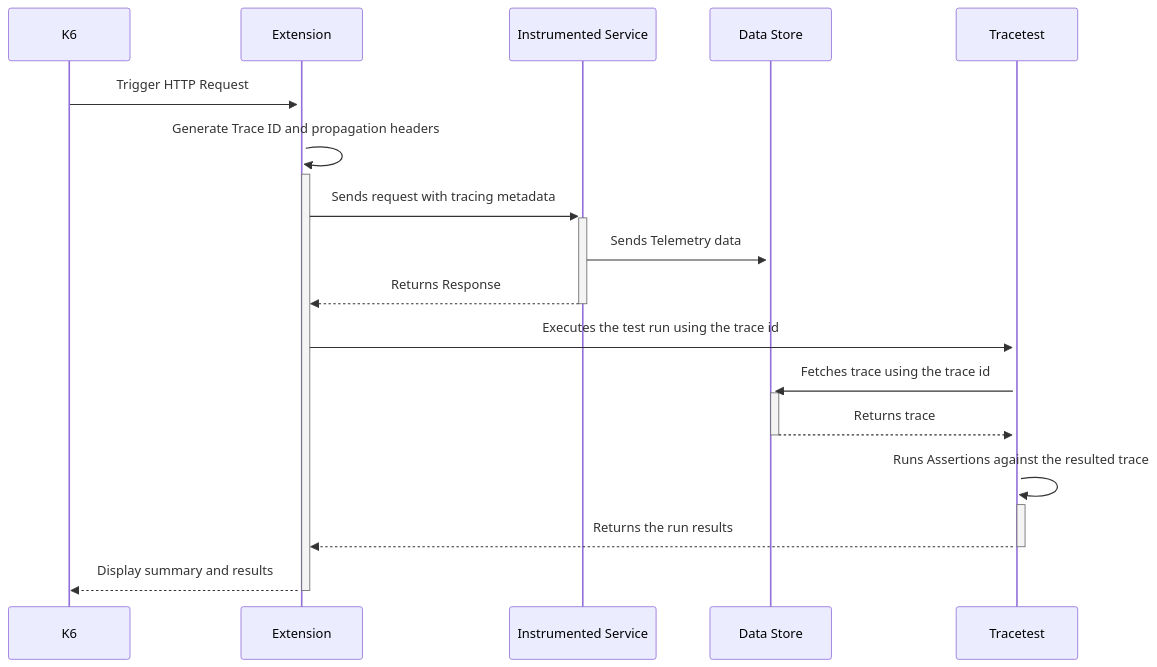
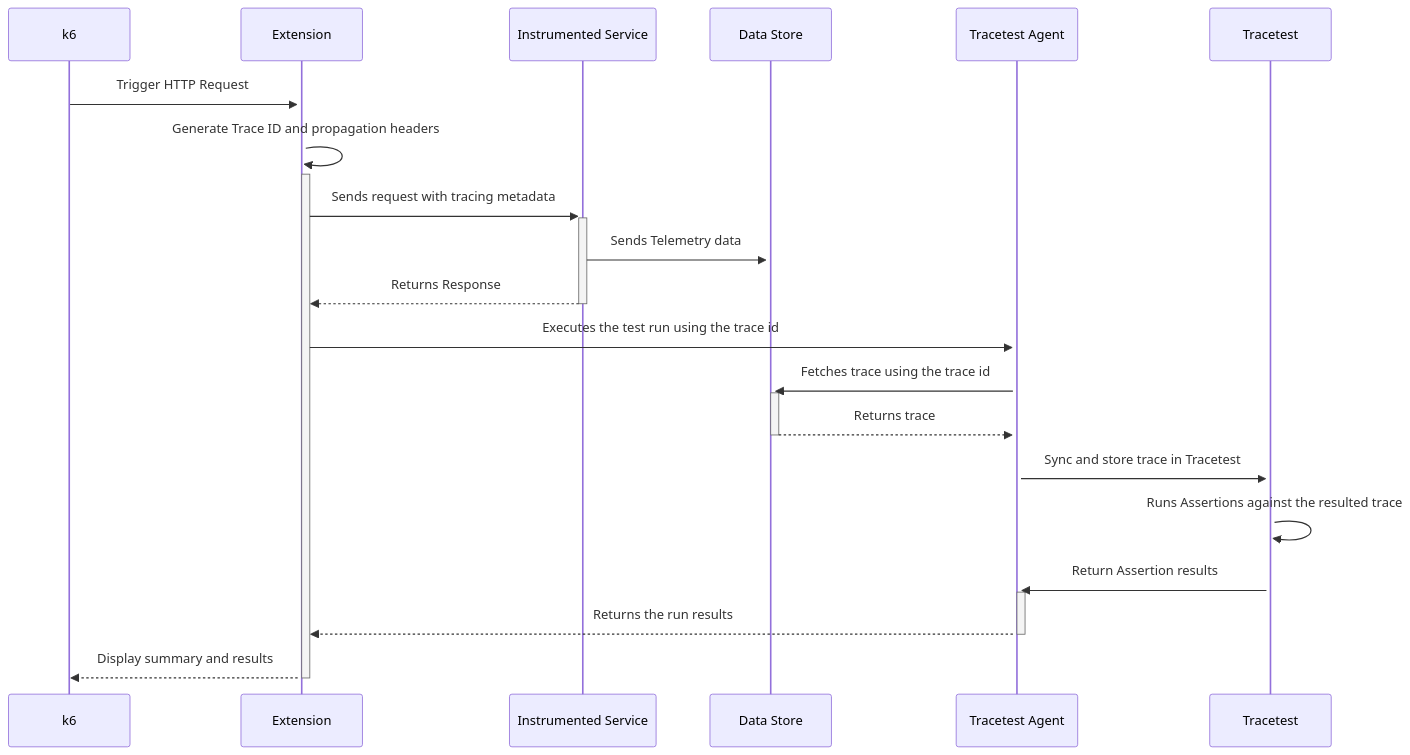
Before and after one commit to kubeshop/tracetest: the diagram in docs/docs/tools-and-integrations/k6.mdx, drawn with Mermaid. The commit also changed other lines of this file and 26 other files, not shown here.

````diff
--- a/docs/docs/tools-and-integrations/k6.mdx
+++ b/docs/docs/tools-and-integrations/k6.mdx
@@ -44,14 +53,16 @@
 ```mermaid
 sequenceDiagram
-    K6->>+Extension: Trigger HTTP Request
+    k6->>+Extension: Trigger HTTP Request
     Extension->>+Extension: Generate Trace ID and propagation headers
     Extension->>+Instrumented Service: Sends request with tracing metadata
     Instrumented Service->>+Data Store: Sends Telemetry data
     Instrumented Service-->>-Extension: Returns Response
-    Extension->>+Tracetest: Executes the test run using the trace id
-    Tracetest->>+Data Store: Fetches trace using the trace id
-    Data Store-->>-Tracetest: Returns trace
+    Extension->>+Tracetest Agent: Executes the test run using the trace id
+    Tracetest Agent->>+Data Store: Fetches trace using the trace id
+    Data Store-->>-Tracetest Agent: Returns trace
+    Tracetest Agent->>+Tracetest: Sync and store trace in Tracetest
     Tracetest->>+Tracetest: Runs Assertions against the resulted trace
-    Tracetest-->>-Extension: Returns the run results
-    Extension-->>-K6: Display summary and results
+    Tracetest->>+Tracetest Agent: Return Assertion results
+    Tracetest Agent-->>-Extension: Returns the run results
+    Extension-->>-k6: Display summary and results
 ```
````
